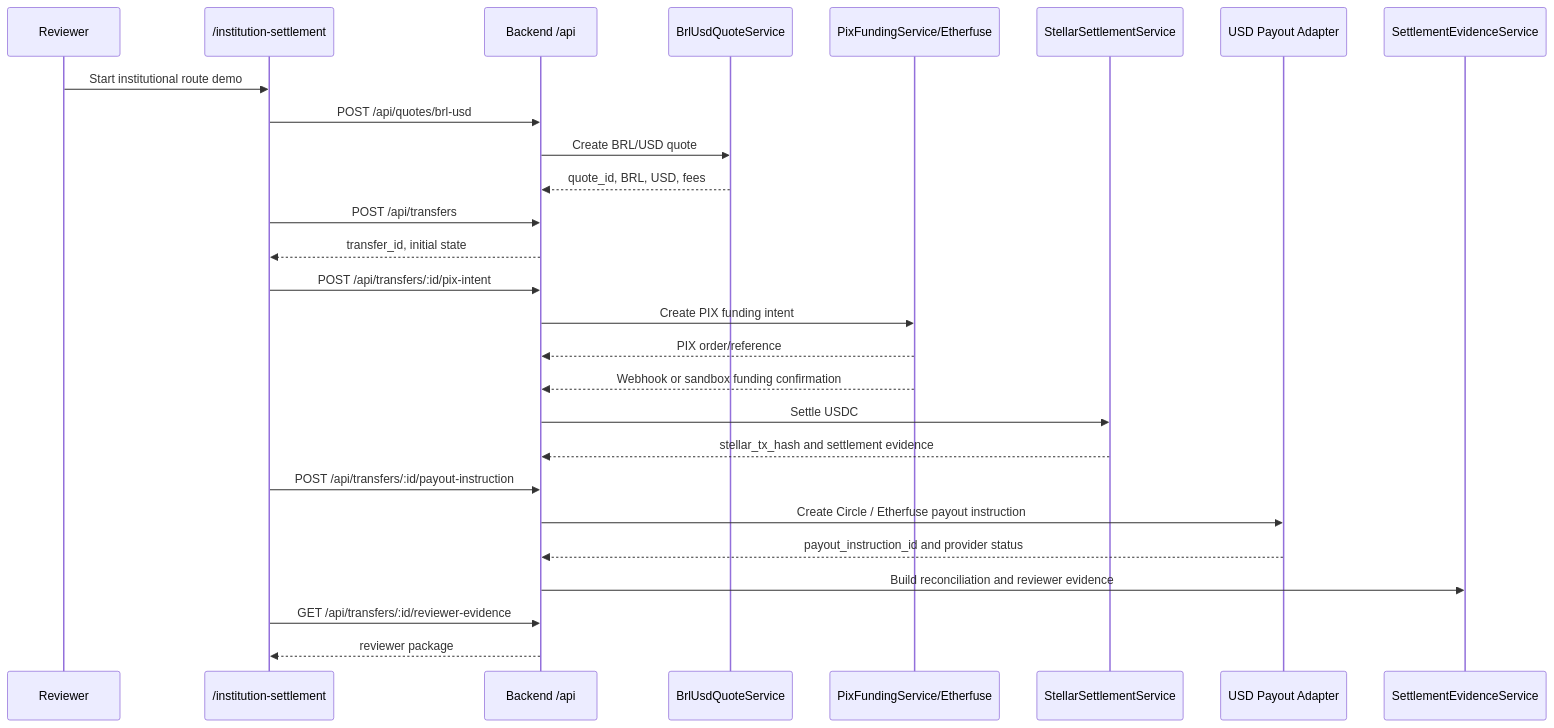
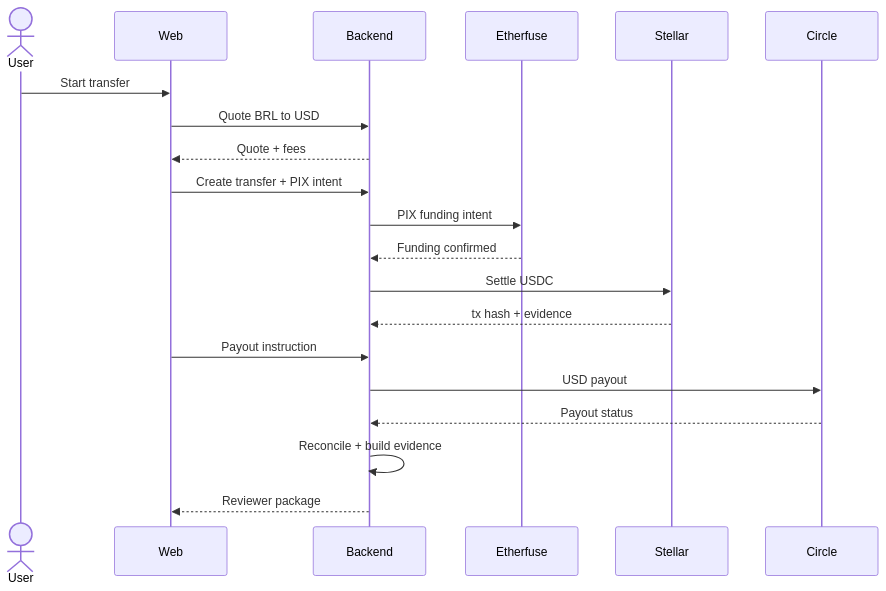
One commit to rbfcdog/talk-to-stellar changed the first of 5 diagrams in docs/insta-awards/deliverables/deliverable-3/ARCHITECTURE-DIAGRAMS.md. Above: the diagram before and after it, drawn with Mermaid. The commit also changed 1 other file, not shown here.

Commit message:
docs: compact the end-to-end flow diagram
Collapsed the 8 sequence-diagram lanes (Reviewer, Frontend, API, Quote,
Pix, Stellar, Payout, Evidence) down to 6 by merging the internal service
lanes into a single Backend and keeping the real external touchpoints
(Etherfuse, Stellar, Circle). Same story, fits the screen. Re-rendered PNG.

````diff
--- a/docs/insta-awards/deliverables/deliverable-3/ARCHITECTURE-DIAGRAMS.md
+++ b/docs/insta-awards/deliverables/deliverable-3/ARCHITECTURE-DIAGRAMS.md
@@ -23,30 +23,23 @@
 ```mermaid
 sequenceDiagram
-    participant Reviewer
-    participant Frontend as /institution-settlement
-    participant API as Backend /api
-    participant Quote as BrlUsdQuoteService
-    participant Pix as PixFundingService/Etherfuse
-    participant Stellar as StellarSettlementService
-    participant Payout as USD Payout Adapter
-    participant Evidence as SettlementEvidenceService
+    actor User
+    participant Web
+    participant Backend
+    participant Etherfuse
+    participant Stellar
+    participant Circle
 
-    Reviewer->>Frontend: Start institutional route demo
-    Frontend->>API: POST /api/quotes/brl-usd
-    API->>Quote: Create BRL/USD quote
-    Quote-->>API: quote_id, BRL, USD, fees
-    Frontend->>API: POST /api/transfers
-    API-->>Frontend: transfer_id, initial state
-    Frontend->>API: POST /api/transfers/:id/pix-intent
-    API->>Pix: Create PIX funding intent
-    Pix-->>API: PIX order/reference
-    Pix-->>API: Webhook or sandbox funding confirmation
-    API->>Stellar: Settle USDC
-    Stellar-->>API: stellar_tx_hash and settlement evidence
-    Frontend->>API: POST /api/transfers/:id/payout-instruction
-    API->>Payout: Create Circle / Etherfuse payout instruction
-    Payout-->>API: payout_instruction_id and provider status
-    API->>Evidence: Build reconciliation and reviewer evidence
-    Frontend->>API: GET /api/transfers/:id/reviewer-evidence
-    API-->>Frontend: reviewer package
+    User->>Web: Start transfer
+    Web->>Backend: Quote BRL to USD
+    Backend-->>Web: Quote + fees
+    Web->>Backend: Create transfer + PIX intent
+    Backend->>Etherfuse: PIX funding intent
+    Etherfuse-->>Backend: Funding confirmed
+    Backend->>Stellar: Settle USDC
+    Stellar-->>Backend: tx hash + evidence
+    Web->>Backend: Payout instruction
+    Backend->>Circle: USD payout
+    Circle-->>Backend: Payout status
+    Backend->>Backend: Reconcile + build evidence
+    Backend-->>Web: Reviewer package
 ```
````
